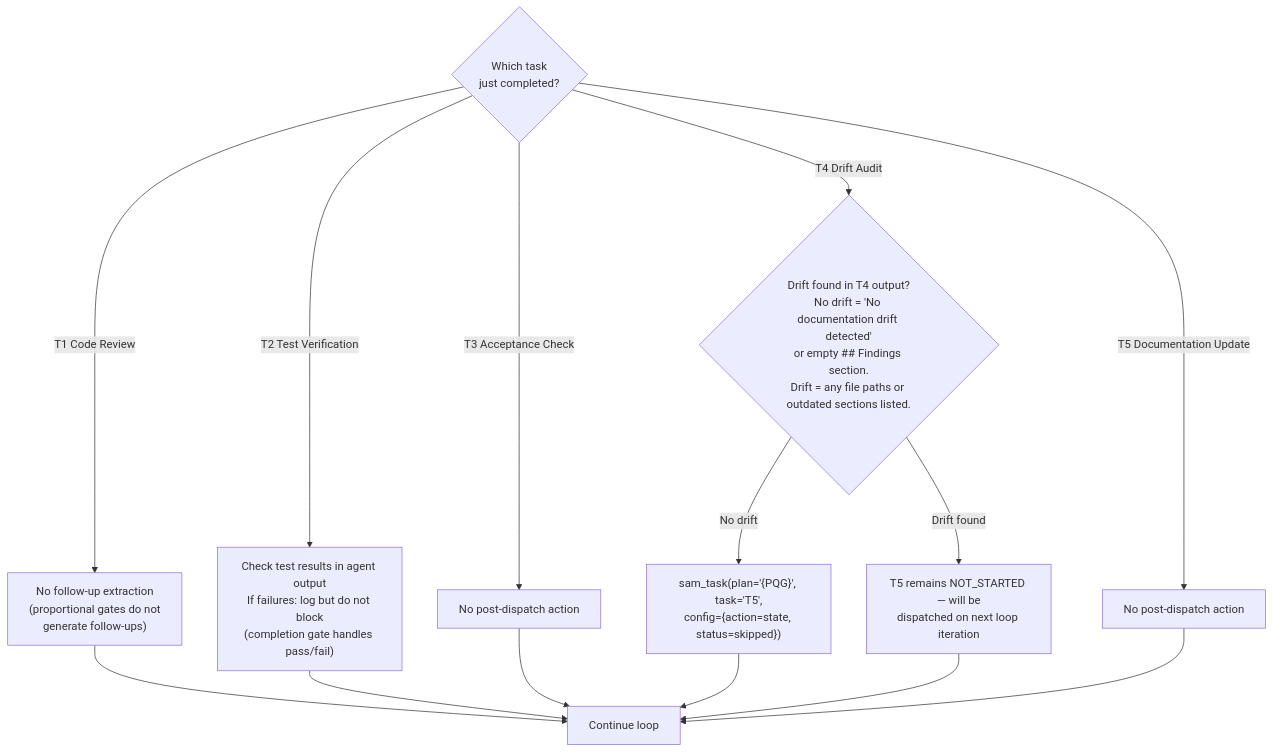
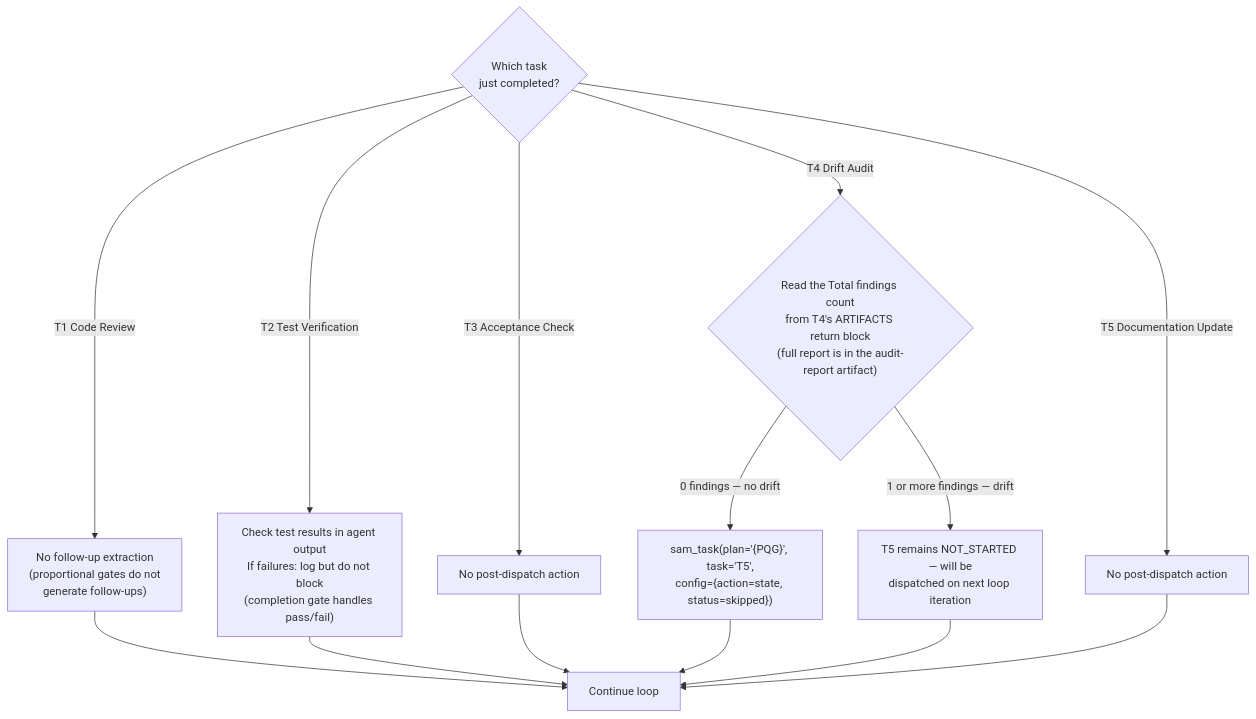
One commit to Jamie-BitFlight/claude_skills changed the third of 8 diagrams in plugins/development-harness/skills/complete-implementation/SKILL.md. Above: the diagram before and after it, drawn with Mermaid. The commit also changed other lines of this file and 1 other file, not shown here.

First line of the commit message:
fix(complete-implementation): align T4 drift signal with doc-drift-auditor contract

````diff
--- a/plugins/development-harness/skills/complete-implementation/SKILL.md
+++ b/plugins/development-harness/skills/complete-implementation/SKILL.md
@@ -180,17 +180,17 @@
 ```mermaid
 flowchart TD
     Done{Which task<br>just completed?}
     Done -->|"T1 Code Review"| T1Post["No follow-up extraction<br>(proportional gates do not<br>generate follow-ups)"]
     Done -->|"T2 Test Verification"| T2Post["Check test results in agent output<br>If failures: log but do not block<br>(completion gate handles pass/fail)"]
     Done -->|"T3 Acceptance Check"| T3Post["No post-dispatch action"]
-    Done -->|"T4 Drift Audit"| T4Post{"Drift found in T4 output?<br>No drift = 'No documentation drift detected'<br>or empty ## Findings section.<br>Drift = any file paths or outdated sections listed."}
-    T4Post -->|"No drift"| SkipT5["sam_task(plan='{PQG}', task='T5',<br>config={action=state, status=skipped})"]
-    T4Post -->|"Drift found"| T5Ready["T5 remains NOT_STARTED — will be<br>dispatched on next loop iteration"]
+    Done -->|"T4 Drift Audit"| T4Post{"Read the Total findings count<br>from T4's ARTIFACTS return block<br>(full report is in the audit-report artifact)"}
+    T4Post -->|"0 findings — no drift"| SkipT5["sam_task(plan='{PQG}', task='T5',<br>config={action=state, status=skipped})"]
+    T4Post -->|"1 or more findings — drift"| T5Ready["T5 remains NOT_STARTED — will be<br>dispatched on next loop iteration"]
     Done -->|"T5 Documentation Update"| T5Post["No post-dispatch action"]
     T1Post --> Continue["Continue loop"]
     T2Post --> Continue
     T3Post --> Continue
     SkipT5 --> Continue
     T5Ready --> Continue
     T5Post --> Continue
 ```
````
